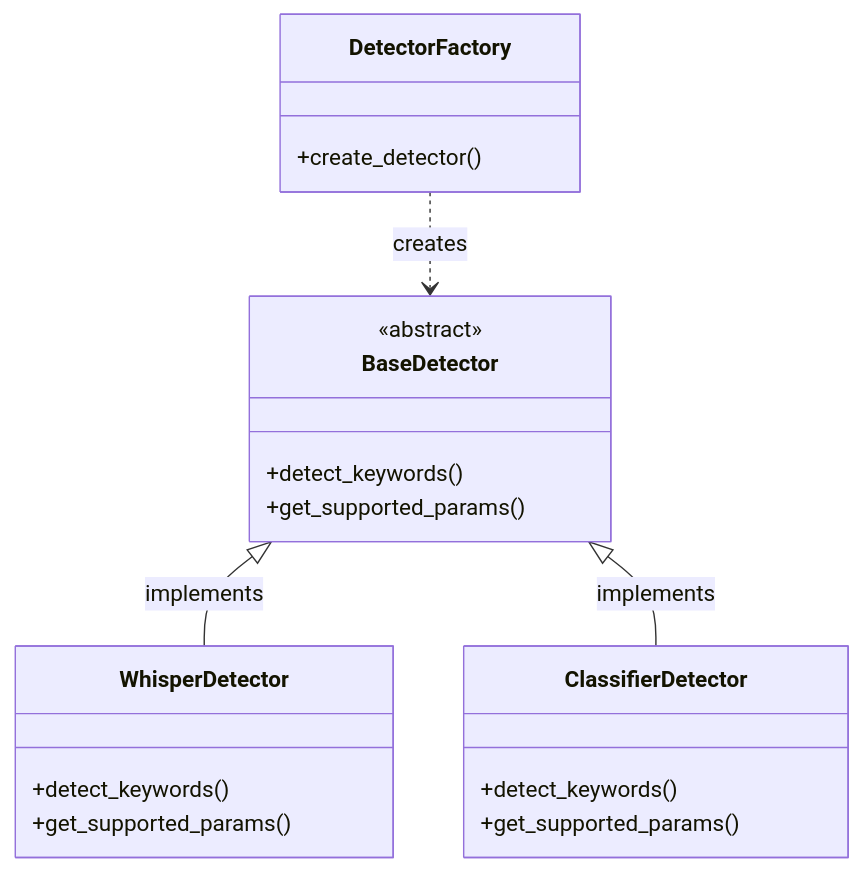
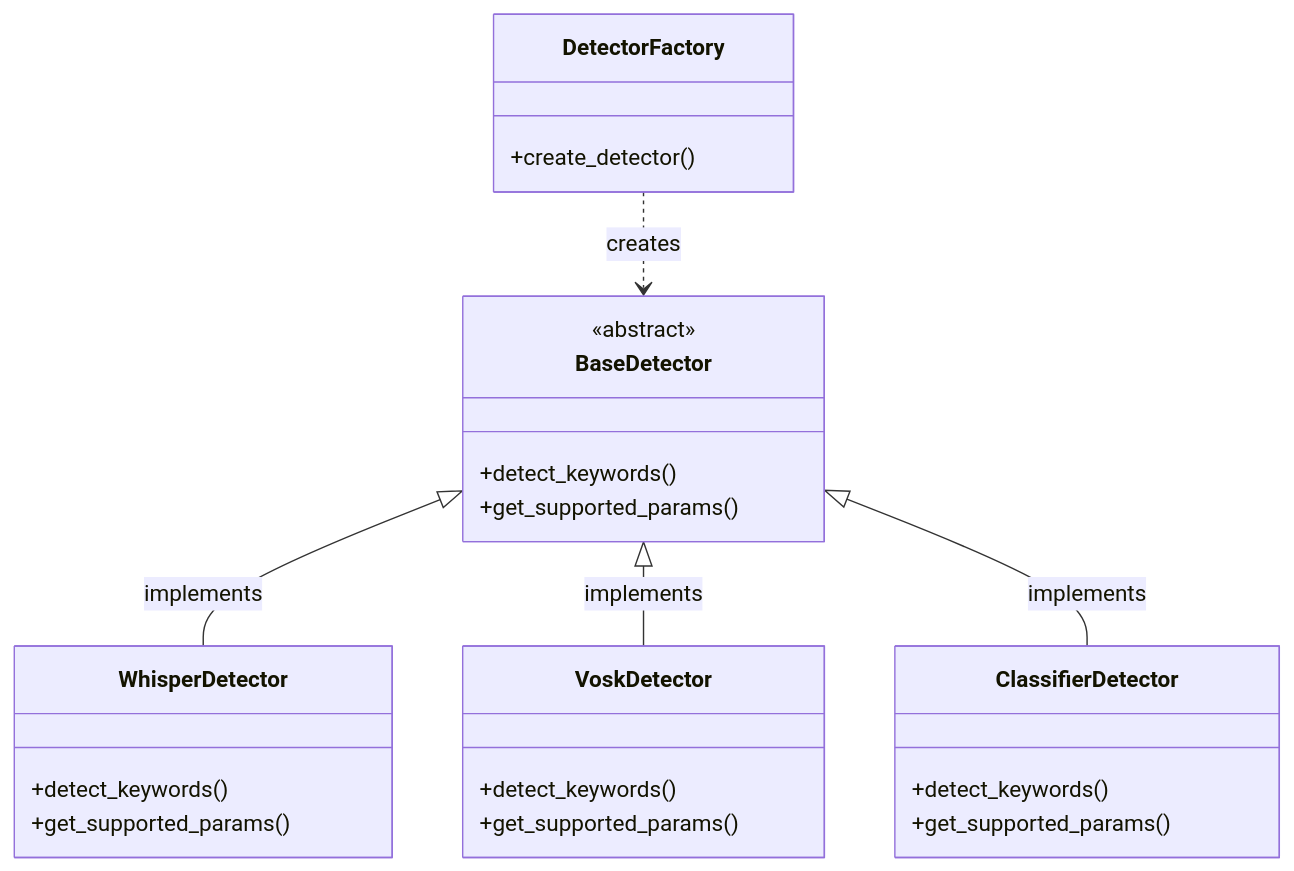
Before and after one commit to ksd-mx/speech-analyzer: the first of 2 diagrams in README.md, drawn with Mermaid. The commit also changed other lines of this file and 3 other files, not shown here.

Commit message:
fixing the issue with settings not imported correctly in the new detector implementation, and the problem with downloading/installing the model locally using vosk

````diff
--- a/README.md
+++ b/README.md
@@ -302,26 +311,32 @@
 ```mermaid
 classDiagram
     class DetectorFactory {
         +create_detector()
     }
     
     class BaseDetector {
         <<abstract>>
         +detect_keywords()
         +get_supported_params()
     }
     
     class WhisperDetector {
         +detect_keywords()
         +get_supported_params()
     }
     
+    class VoskDetector {
+        +detect_keywords()
+        +get_supported_params()
+    }
+    
     class ClassifierDetector {
         +detect_keywords()
         +get_supported_params()
     }
     
     DetectorFactory ..> BaseDetector : creates
     BaseDetector <|-- WhisperDetector : implements
+    BaseDetector <|-- VoskDetector : implements
     BaseDetector <|-- ClassifierDetector : implements
 ```
````
